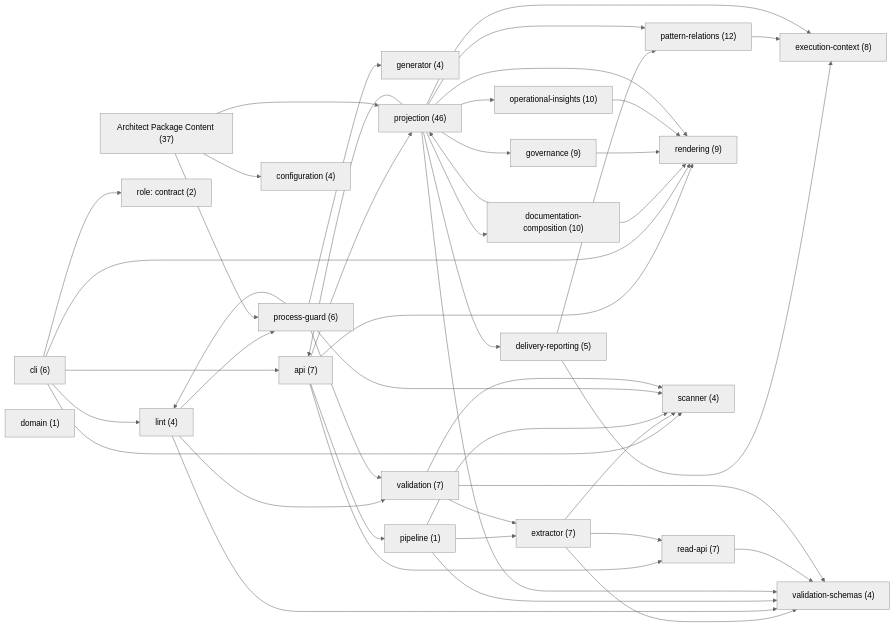
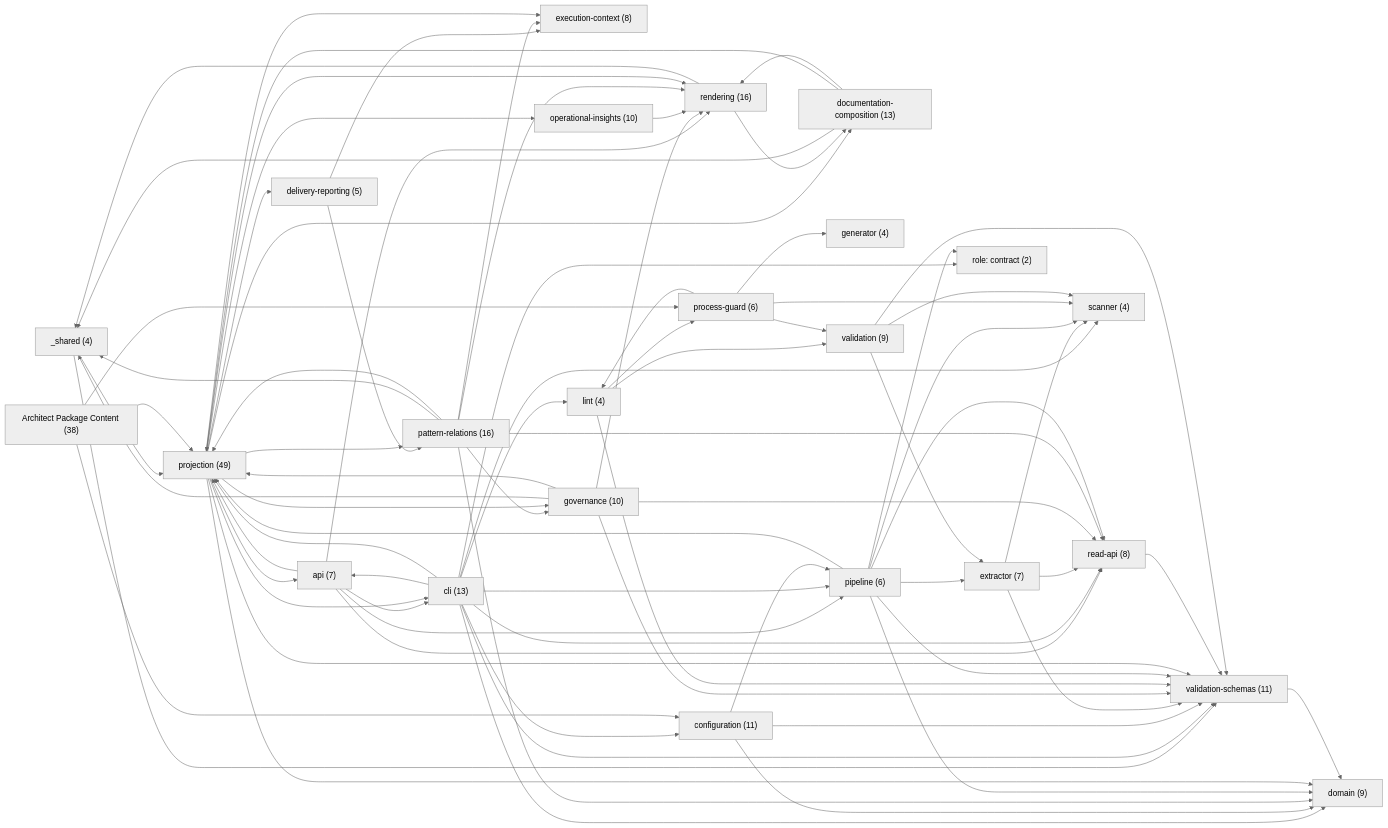
Before and after one commit to libar-dev/architect: the first of 25 diagrams in docs-live/DESIGN-REVIEW.md, drawn with Mermaid (neutral theme). The commit also changed other lines of this file and 21 other files, not shown here.

First line of the commit message:
docs(live): regenerate docs-live from the reshaped graph

````diff
--- a/docs-live/DESIGN-REVIEW.md
+++ b/docs-live/DESIGN-REVIEW.md
@@ -24,51 +24,78 @@
 ```mermaid
 graph LR
+  shared["_shared (4)"]
   api["api (7)"]
-  cli["cli (6)"]
-  configuration["configuration (4)"]
+  cli["cli (13)"]
+  configuration["configuration (11)"]
   delivery_reporting["delivery-reporting (5)"]
-  documentation_composition["documentation-composition (10)"]
-  domain["domain (1)"]
+  documentation_composition["documentation-composition (13)"]
+  domain["domain (9)"]
   execution_context["execution-context (8)"]
   extractor["extractor (7)"]
   generator["generator (4)"]
-  governance["governance (9)"]
+  governance["governance (10)"]
   lint["lint (4)"]
   operational_insights["operational-insights (10)"]
-  pattern_relations["pattern-relations (12)"]
-  pipeline["pipeline (1)"]
+  pattern_relations["pattern-relations (16)"]
+  pipeline["pipeline (6)"]
   process_guard["process-guard (6)"]
-  projection["projection (46)"]
-  read_api["read-api (7)"]
-  rendering["rendering (9)"]
+  projection["projection (49)"]
+  read_api["read-api (8)"]
+  rendering["rendering (16)"]
   scanner["scanner (4)"]
-  validation["validation (7)"]
-  validation_schemas["validation-schemas (4)"]
+  validation["validation (9)"]
+  validation_schemas["validation-schemas (11)"]
   role_contract["role: contract (2)"]
-  pkg_architect_package_content["Architect Package Content (37)"]
+  pkg_architect_package_content["Architect Package Content (38)"]
+  shared --> projection
+  shared --> validation_schemas
+  api --> cli
   api --> pipeline
   api --> projection
   api --> read_api
   api --> rendering
   cli --> api
+  cli --> configuration
+  cli --> domain
   cli --> lint
-  cli --> rendering
+  cli --> pipeline
+  cli --> projection
+  cli --> read_api
   cli --> role_contract
   cli --> scanner
+  cli --> validation_schemas
+  configuration --> domain
+  configuration --> pipeline
+  configuration --> validation_schemas
   delivery_reporting --> execution_context
   delivery_reporting --> pattern_relations
+  documentation_composition --> shared
   documentation_composition --> projection
   documentation_composition --> rendering
   extractor --> read_api
   extractor --> scanner
   extractor --> validation_schemas
+  governance --> shared
+  governance --> projection
+  governance --> read_api
   governance --> rendering
+  governance --> validation_schemas
   lint --> process_guard
   lint --> validation
   lint --> validation_schemas
   operational_insights --> rendering
+  pattern_relations --> shared
+  pattern_relations --> domain
   pattern_relations --> execution_context
+  pattern_relations --> governance
+  pattern_relations --> projection
+  pattern_relations --> read_api
+  pattern_relations --> rendering
+  pipeline --> domain
   pipeline --> extractor
+  pipeline --> projection
+  pipeline --> read_api
+  pipeline --> role_contract
   pipeline --> scanner
   pipeline --> validation_schemas
   pkg_architect_package_content --> configuration
@@ -79,8 +106,10 @@
   process_guard --> scanner
   process_guard --> validation
   projection --> api
+  projection --> cli
   projection --> delivery_reporting
   projection --> documentation_composition
+  projection --> domain
   projection --> execution_context
   projection --> governance
   projection --> operational_insights
@@ -88,7 +117,10 @@
   projection --> rendering
   projection --> validation_schemas
   read_api --> validation_schemas
+  rendering --> shared
+  rendering --> documentation_composition
   validation --> extractor
   validation --> scanner
   validation --> validation_schemas
+  validation_schemas --> domain
 ```
````
